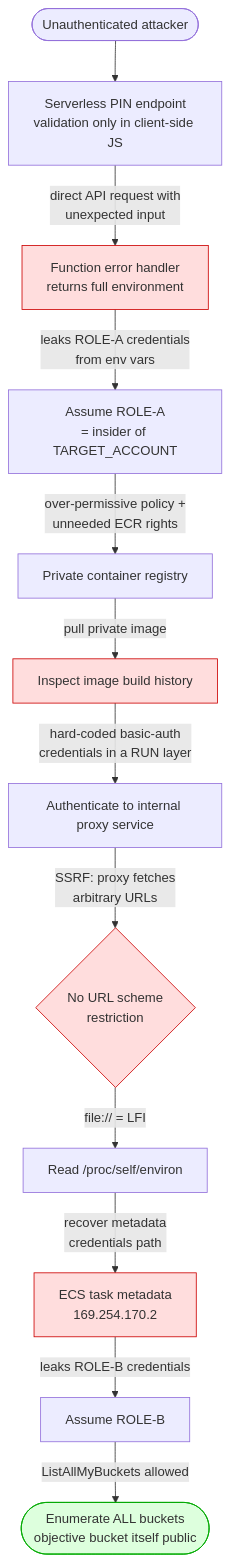
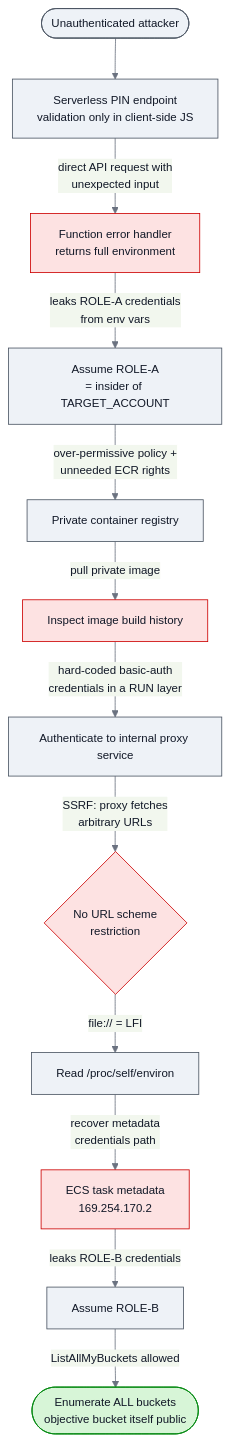
One commit to abmanaf-prog/aws-attack-path-flaws2 changed the diagram in attack-path.md. Above: the diagram before and after it, drawn with Mermaid.

Commit message:
Fix Mermaid diagram contrast: explicit node text/fill colors for light and dark themes

````diff
--- a/attack-path.md
+++ b/attack-path.md
@@ -5,20 +5,29 @@
 ```mermaid
+%%{init: {'theme':'base', 'themeVariables': {
+  'fontSize':'14px',
+  'lineColor':'#6b7280',
+  'primaryColor':'#eef2f7',
+  'primaryTextColor':'#111827',
+  'primaryBorderColor':'#4b5563'
+}}}%%
 flowchart TD
     A([Unauthenticated attacker]) --> B[Serverless PIN endpoint<br/>validation only in client-side JS]
     B -->|direct API request with<br/>unexpected input| C[Function error handler<br/>returns full environment]
     C -->|leaks ROLE-A credentials<br/>from env vars| D[Assume ROLE-A<br/>= insider of TARGET_ACCOUNT]
     D -->|over-permissive policy +<br/>unneeded ECR rights| E[Private container registry]
     E -->|pull private image| F[Inspect image build history]
     F -->|hard-coded basic-auth<br/>credentials in a RUN layer| G[Authenticate to internal proxy service]
     G -->|SSRF: proxy fetches<br/>arbitrary URLs| H{No URL scheme<br/>restriction}
     H -->|file:// = LFI| I[Read /proc/self/environ]
     I -->|recover metadata<br/>credentials path| J[ECS task metadata<br/>169.254.170.2]
     J -->|leaks ROLE-B credentials| K[Assume ROLE-B]
     K -->|ListAllMyBuckets allowed| L([Enumerate ALL buckets<br/>objective bucket itself public])
 
-    style C fill:#ffdddd,stroke:#cc0000
-    style F fill:#ffdddd,stroke:#cc0000
-    style H fill:#ffdddd,stroke:#cc0000
-    style J fill:#ffdddd,stroke:#cc0000
-    style L fill:#ddffdd,stroke:#00aa00
+    classDef step fill:#eef2f7,stroke:#4b5563,color:#111827;
+    classDef danger fill:#fde2e2,stroke:#cc0000,color:#111827;
+    classDef goal fill:#d7f5d7,stroke:#00870e,color:#111827;
+
+    class A,B,D,E,G,I,K step;
+    class C,F,H,J danger;
+    class L goal;
 ```
````
